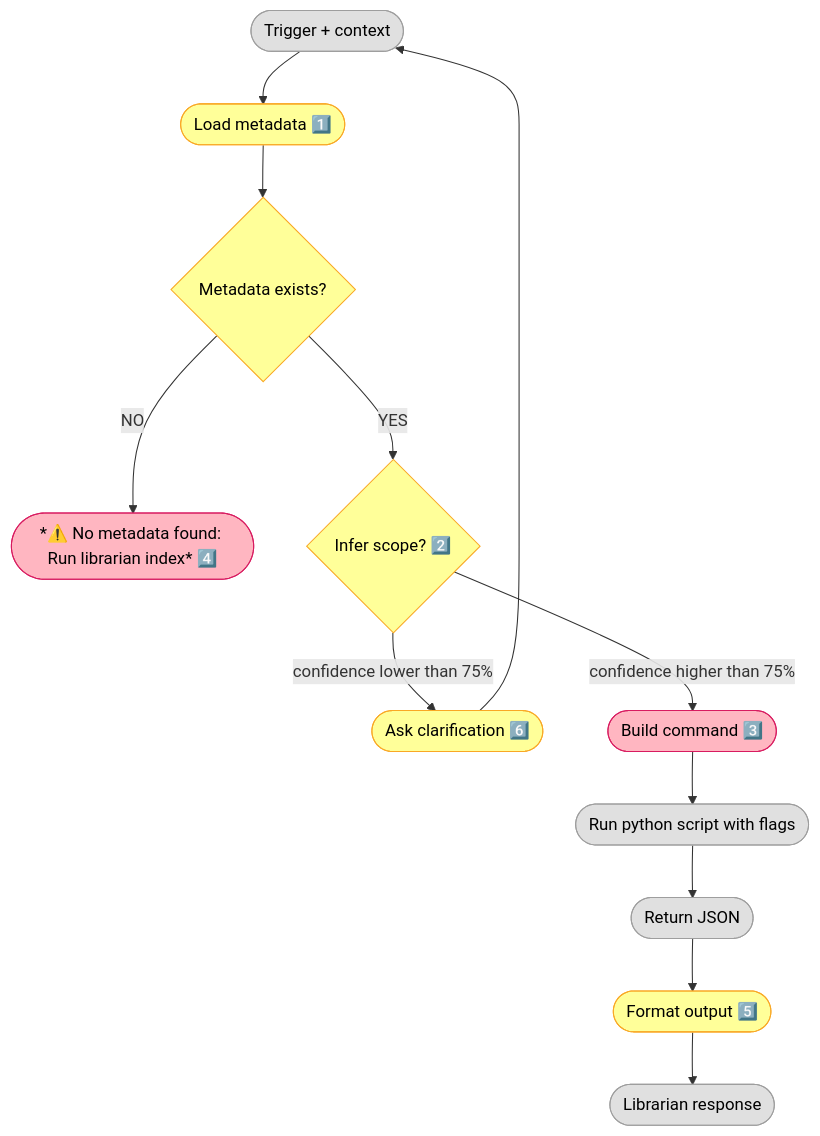
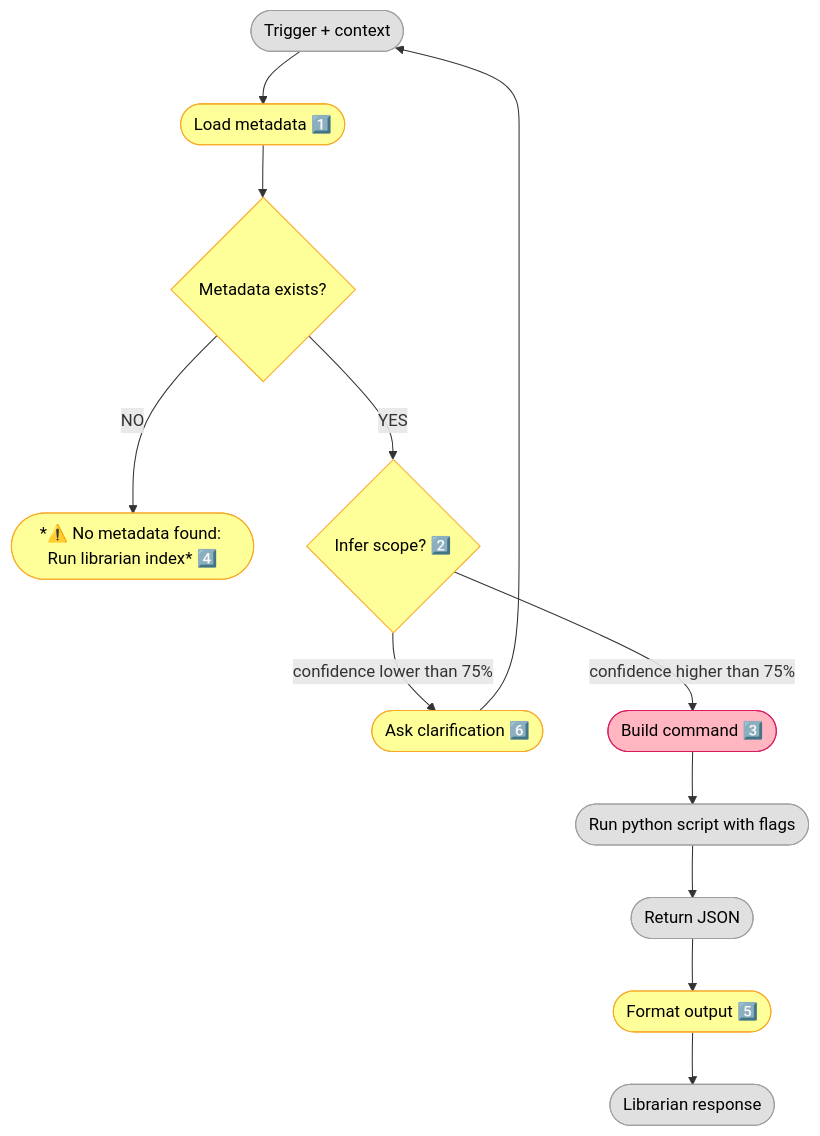
The diagram in backstage/epic-notes/v0.15.0-skill-protocol.md (nonlinear/librarian), drawn with Mermaid before and after one commit.

Commit message:
arch: ERROR node yellow (agreement)

````diff
--- a/backstage/epic-notes/v0.15.0-skill-protocol.md
+++ b/backstage/epic-notes/v0.15.0-skill-protocol.md
@@ -3,30 +3,30 @@
 ```mermaid
 flowchart TD
     TRIGGER(["Trigger + context"])
     TRIGGER --> METADATA(["Load metadata 1️⃣"])
     METADATA --> CHECK{"Metadata exists?"}
     CHECK -->|NO| ERROR(["*⚠️ No metadata found: Run librarian index* 4️⃣"])
     CHECK -->|YES| INFER{"Infer scope? 2️⃣"}
     
     INFER -->|"confidence lower than 75%"| CLARIFY(["Ask clarification 6️⃣"])
     CLARIFY --> TRIGGER
     
     INFER -->|"confidence higher than 75%"| BUILD(["Build command 3️⃣"])
     
     BUILD --> EXEC(["Run python script with flags"])
     EXEC --> JSON(["Return JSON"])
     JSON --> FORMAT(["Format output 5️⃣"])
     FORMAT --> RESPONSE(["Librarian response"])
     
     style TRIGGER fill:#E0E0E0,stroke:#9E9E9E,color:#000
     style METADATA fill:#FFFF99,stroke:#F9A825,color:#000
     style INFER fill:#FFFF99,stroke:#F9A825,color:#000
     style CLARIFY fill:#FFFF99,stroke:#F9A825,color:#000
     style BUILD fill:#FFB6C1,stroke:#D81B60,color:#000
     style EXEC fill:#E0E0E0,stroke:#9E9E9E,color:#000
     style JSON fill:#E0E0E0,stroke:#9E9E9E,color:#000
     style FORMAT fill:#FFFF99,stroke:#F9A825,color:#000
     style RESPONSE fill:#E0E0E0,stroke:#9E9E9E,color:#000
     style CHECK fill:#FFFF99,stroke:#F9A825,color:#000
-    style ERROR fill:#FFB6C1,stroke:#D81B60,color:#000
+    style ERROR fill:#FFFF99,stroke:#F9A825,color:#000
 ```
````
